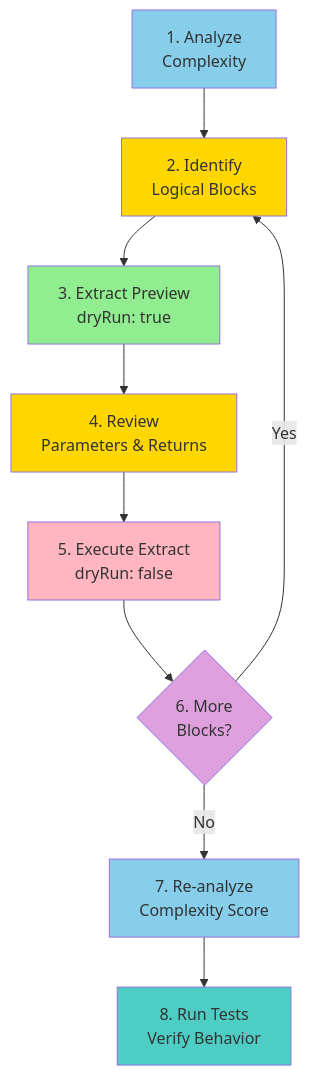
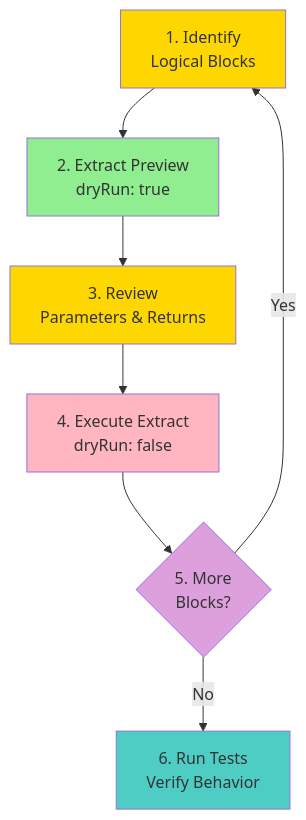
One commit to goobits/typemill changed the second of 3 diagrams in docs/cookbook.md. Above: the diagram before and after it, drawn with Mermaid. The commit also changed other lines of this file and 149 other files, not shown here.

````diff
--- a/docs/cookbook.md
+++ b/docs/cookbook.md
@@ -308,20 +93,16 @@
 ```mermaid
 flowchart TD
-    Analyze[1. Analyze<br/>Complexity] --> Identify[2. Identify<br/>Logical Blocks]
-    Identify --> ExtractDry[3. Extract Preview<br/>dryRun: true]
-    ExtractDry --> ReviewPlan[4. Review<br/>Parameters & Returns]
-    ReviewPlan --> Execute[5. Execute Extract<br/>dryRun: false]
-    Execute --> Repeat{6. More<br/>Blocks?}
+    Identify[1. Identify<br/>Logical Blocks] --> ExtractDry[2. Extract Preview<br/>dryRun: true]
+    ExtractDry --> ReviewPlan[3. Review<br/>Parameters & Returns]
+    ReviewPlan --> Execute[4. Execute Extract<br/>dryRun: false]
+    Execute --> Repeat{5. More<br/>Blocks?}
     Repeat -->|Yes| Identify
-    Repeat -->|No| ReAnalyze[7. Re-analyze<br/>Complexity Score]
-    ReAnalyze --> Test[8. Run Tests<br/>Verify Behavior]
+    Repeat -->|No| Test[6. Run Tests<br/>Verify Behavior]
 
-    style Analyze fill:#87CEEB
     style Identify fill:#FFD700
     style ExtractDry fill:#90EE90
     style ReviewPlan fill:#FFD700
     style Execute fill:#FFB6C1
     style Repeat fill:#DDA0DD
-    style ReAnalyze fill:#87CEEB
     style Test fill:#4ECDC4
 ```
````
